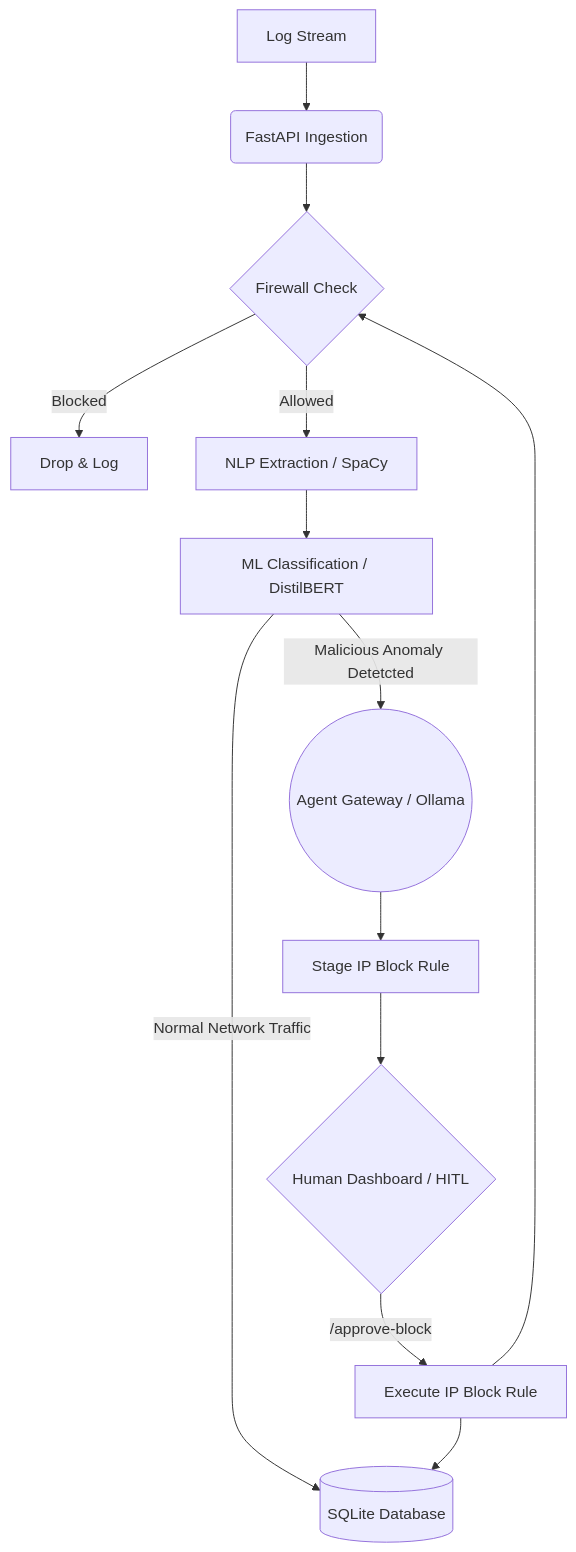
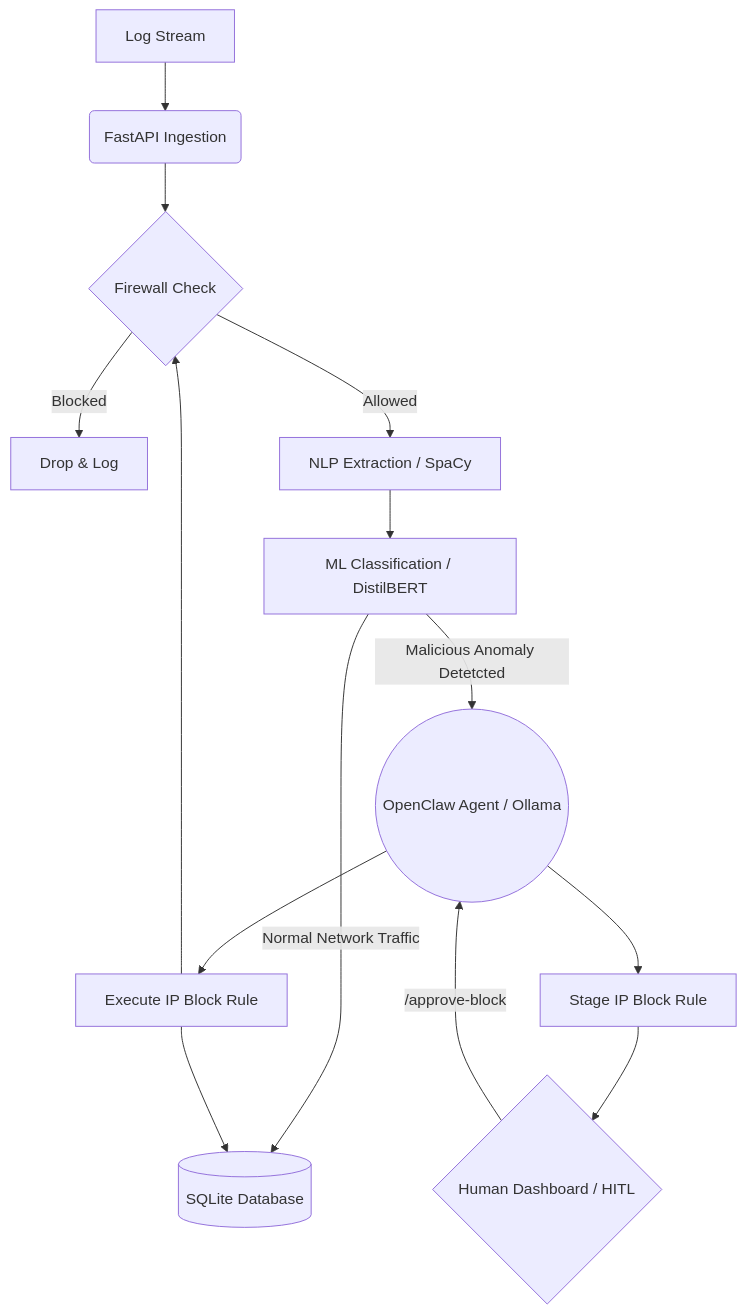
The diagram in README.md (mahfuz-raihan/netops-ai-agent), drawn with Mermaid before and after one commit.

Commit message:
docs: update architecture diagram to reflect OpenClaw agent integration and approval flow

````diff
--- a/README.md
+++ b/README.md
@@ -22,17 +22,17 @@
 ```mermaid
 flowchart TD
     A[Log Stream] --> B(FastAPI Ingestion)
     B --> C{Firewall Check}
     C -- Blocked --> D[Drop & Log]
     C -- Allowed --> E[NLP Extraction / SpaCy]
     E --> F[ML Classification / DistilBERT]
     
     F -->|Normal Network Traffic| G[(SQLite Database)]
-    F -->|Malicious Anomaly Detetcted| H((Agent Gateway / Ollama))
+    F -->|Malicious Anomaly Detetcted| H((OpenClaw Agent / Ollama))
     
     H --> I[Stage IP Block Rule]
     I --> J{Human Dashboard / HITL}
-    J -- /approve-block --> K[Execute IP Block Rule]
+    J -- /approve-block --> H((OpenClaw Agent / Ollama)) --> K[Execute IP Block Rule]
     K --> C
     K --> G
 ```
````
